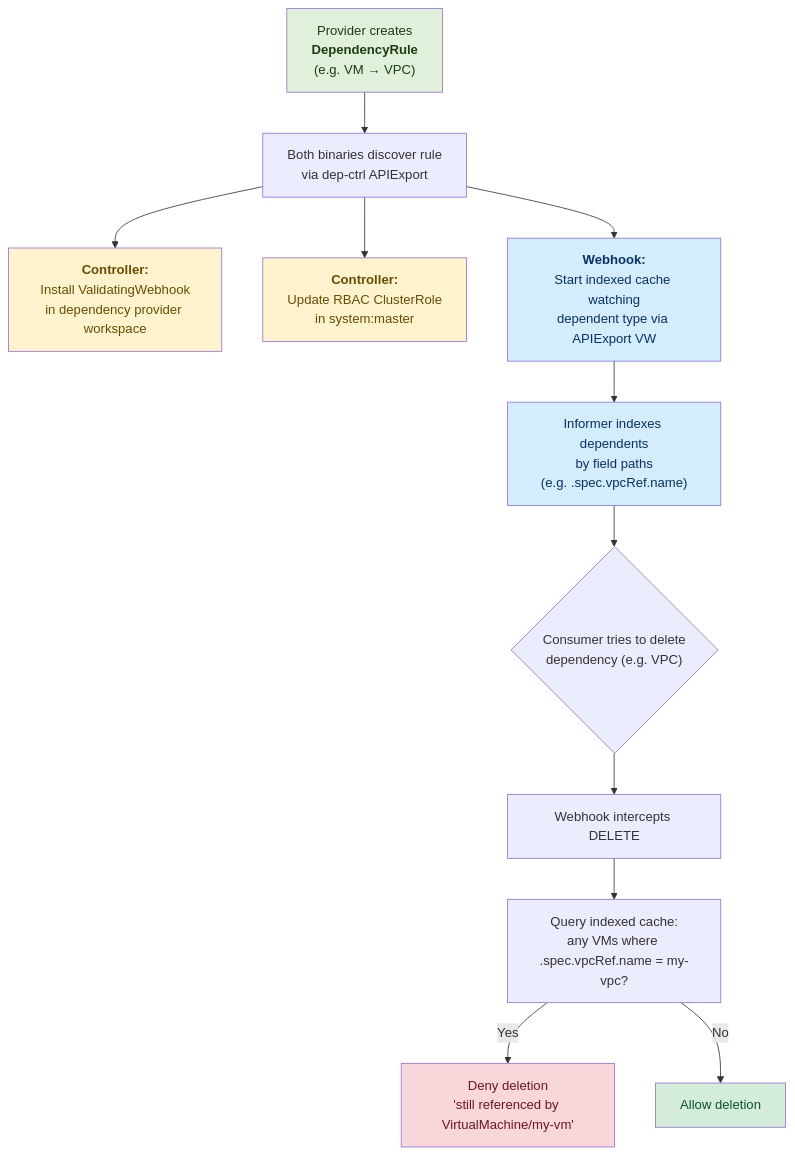
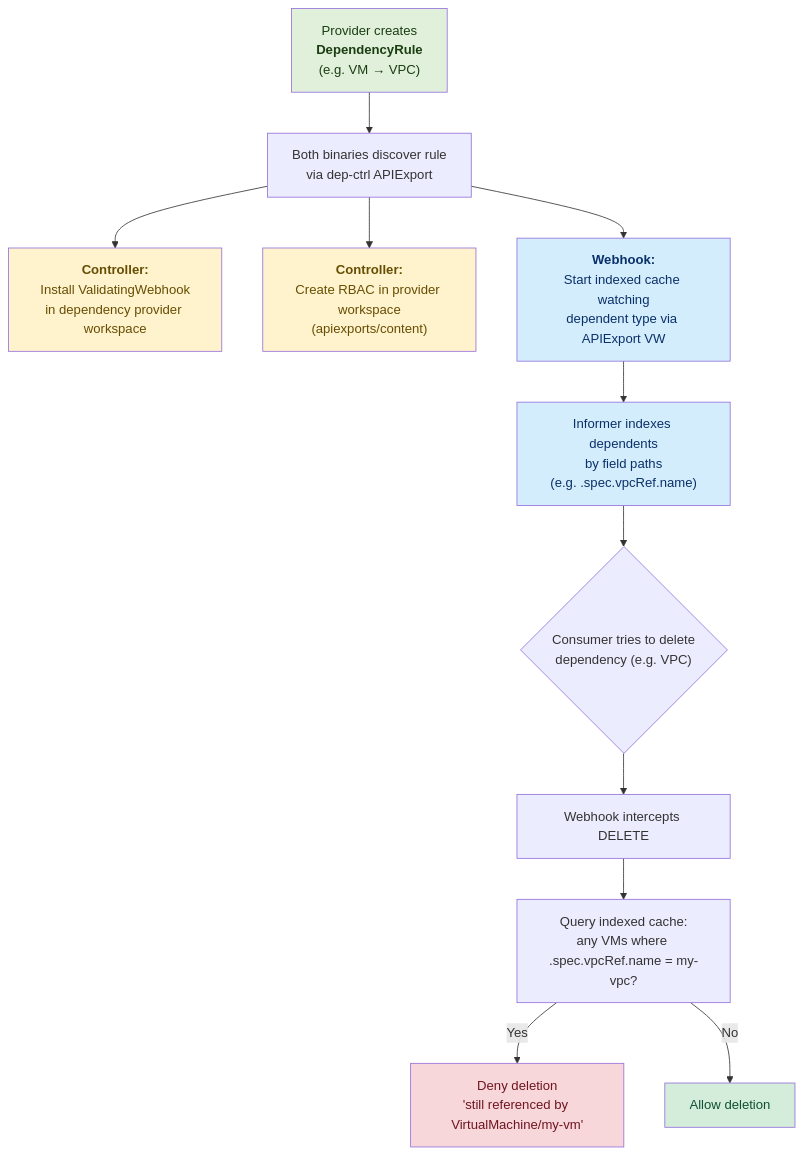
Before and after one commit to opendefensecloud/dependency-controller: the first of 2 diagrams in README.md, drawn with Mermaid. The commit also changed other lines of this file and 3 other files, not shown here.

````diff
--- a/README.md
+++ b/README.md
@@ -16,24 +16,24 @@
 ```mermaid
 flowchart TD
     A["Provider creates<br/><b>DependencyRule</b><br/>(e.g. VM → VPC)"] --> B["Both binaries discover rule<br/>via dep-ctrl APIExport"]
 
     B --> C["<b>Controller:</b><br/>Install ValidatingWebhook<br/>in dependency provider workspace"]
-    B --> D["<b>Controller:</b><br/>Update RBAC ClusterRole<br/>in system:master"]
+    B --> D["<b>Controller:</b><br/>Create RBAC in provider workspace<br/>(apiexports/content)"]
     B --> E["<b>Webhook:</b><br/>Start indexed cache watching<br/>dependent type via APIExport VW"]
 
     E --> F["Informer indexes dependents<br/>by field paths<br/>(e.g. .spec.vpcRef.name)"]
 
     F --> G{"Consumer tries to delete<br/>dependency (e.g. VPC)"}
     G --> H["Webhook intercepts DELETE"]
     H --> I["Query indexed cache:<br/>any VMs where .spec.vpcRef.name = my-vpc?"]
     I -- Yes --> J["Deny deletion<br/>'still referenced by VirtualMachine/my-vm'"]
     I -- No --> K["Allow deletion"]
 
     style A fill:#e1f0da,color:#1a3e12
     style C fill:#fff3cd,color:#664d03
     style D fill:#fff3cd,color:#664d03
     style E fill:#d4edfc,color:#0a3069
     style F fill:#d4edfc,color:#0a3069
     style J fill:#f8d7da,color:#6e1520
     style K fill:#d4edda,color:#0f5132
 ```
````
